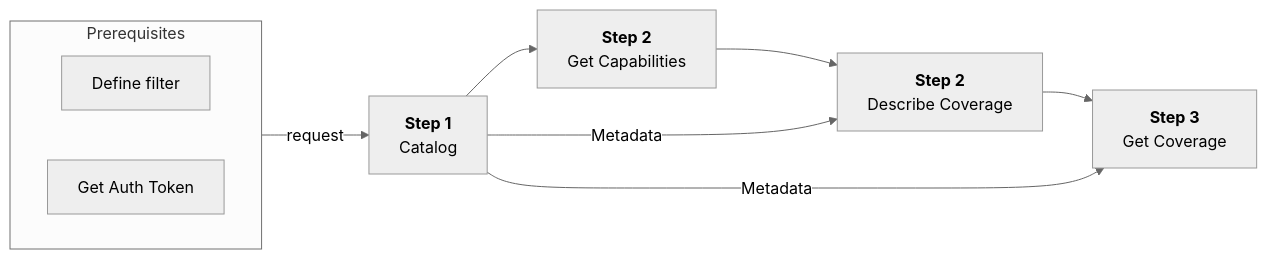
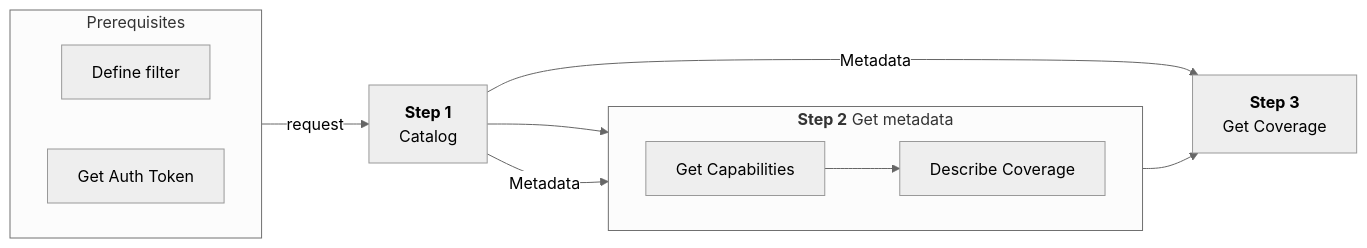
The diagram in docs/MapColonies/DEM/Guides/height_extraction.md (MapColonies/developer-portal), drawn with Mermaid (neutral theme) before and after one commit. The commit also changed other lines of this file and 3 other files, not shown here.

````diff
--- a/docs/MapColonies/DEM/Guides/height_extraction.md
+++ b/docs/MapColonies/DEM/Guides/height_extraction.md
@@ -32,17 +32,20 @@
 ```mermaid
 flowchart LR
     subgraph sub1 [Prerequisites]
       direction LR
       a1[Define filter]
       a2[Get Auth Token]
     end
 
     c[<b>Step 1</b><br/>Catalog] --> d
-    d[<b>Step 2</b><br/>Get Capabilities] --> e
-    e[<b>Step 2</b><br/>Describe Coverage] --> f
+    subgraph s2 [<b>Step 2</b> Get metadata]
+      direction LR
+      d[Get Capabilities] --> e[Describe Coverage]
+    end
+    e --> f
     f[<b>Step 3</b><br/>Get Coverage]
 
     sub1 -- request --> c
     c -- Metadata --> e
     c -- Metadata --> f
 ```
````
